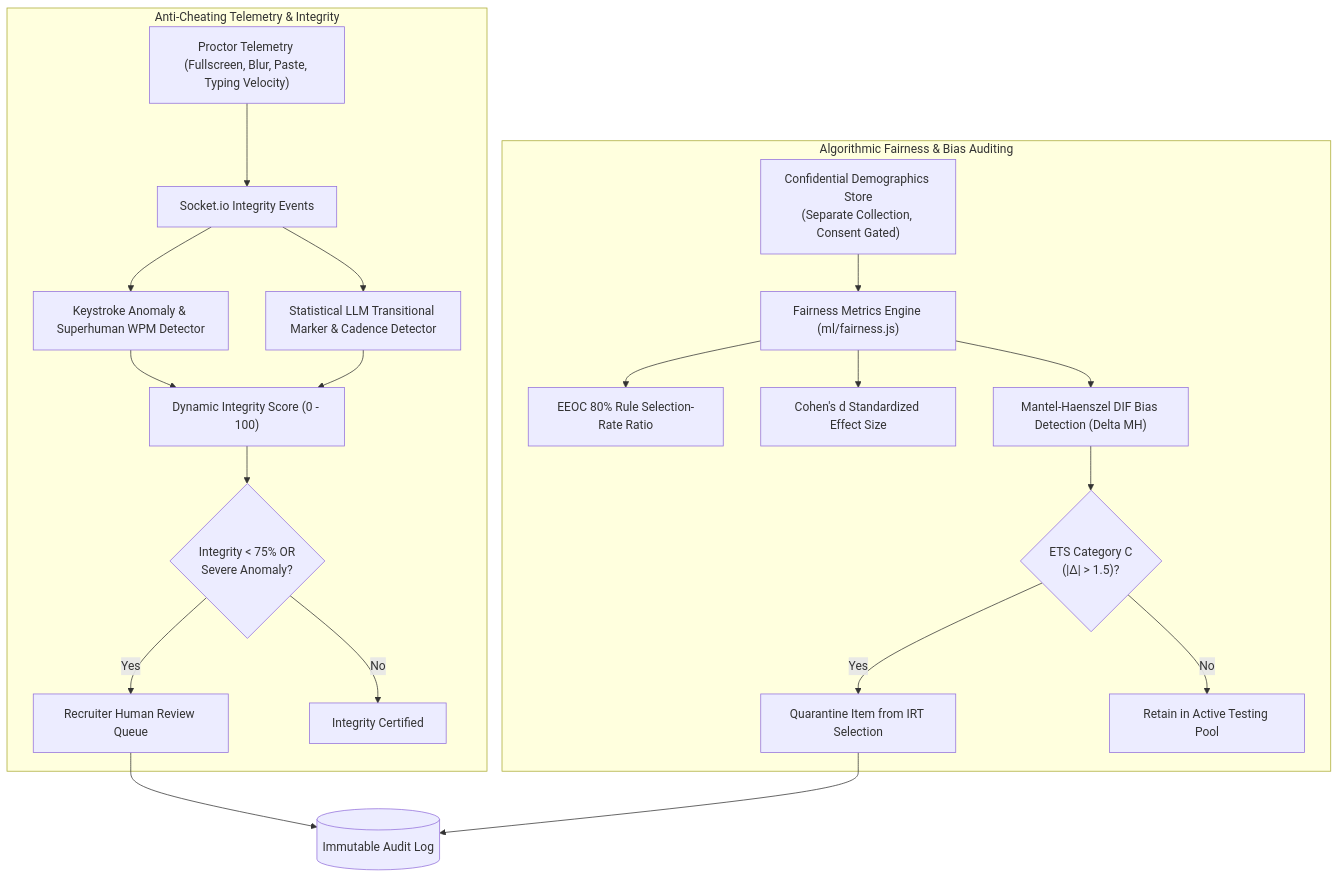
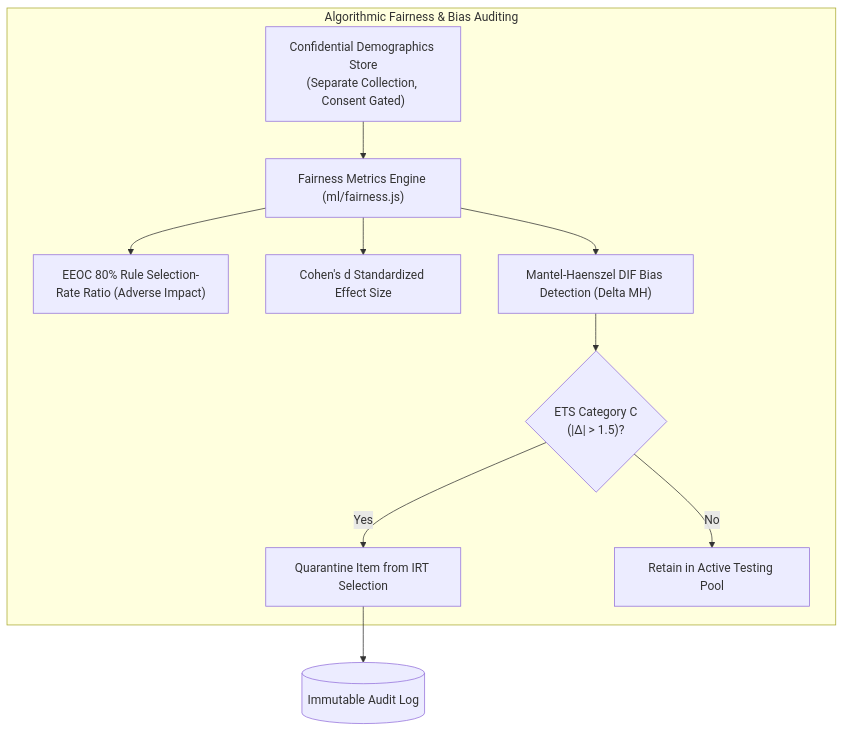
The fifth of 5 diagrams in docs/ARCHITECTURE.md (Ashishydv0903/Adaptiq), drawn with Mermaid before and after one commit. The commit also changed other lines of this file and 181 other files, not shown here.

````diff
--- a/docs/ARCHITECTURE.md
+++ b/docs/ARCHITECTURE.md
@@ -154,26 +153,14 @@
 ```mermaid
 flowchart TD
-    subgraph AntiCheating ["Anti-Cheating Telemetry & Integrity"]
-        ClientProctor["Proctor Telemetry (Fullscreen, Blur, Paste, Typing Velocity)"] --> WSEvents["Socket.io Integrity Events"]
-        WSEvents --> TypingDetector["Keystroke Anomaly & Superhuman WPM Detector"]
-        WSEvents --> AITextDetector["Statistical LLM Transitional Marker & Cadence Detector"]
-        TypingDetector --> IntegrityScore["Dynamic Integrity Score (0 - 100)"]
-        AITextDetector --> IntegrityScore
-        IntegrityScore --> ReviewFlag{"Integrity &lt; 75% OR<br/>Severe Anomaly?"}
-        ReviewFlag -- Yes --> HumanQueue["Recruiter Human Review Queue"]
-        ReviewFlag -- No --> CertifiedValid["Integrity Certified"]
-    end
-
     subgraph FairnessSuite ["Algorithmic Fairness & Bias Auditing"]
         Demographics["Confidential Demographics Store<br/>(Separate Collection, Consent Gated)"] --> MetricsCalc["Fairness Metrics Engine (ml/fairness.js)"]
-        MetricsCalc --> DisparateImpact["EEOC 80% Rule Selection-Rate Ratio"]
+        MetricsCalc --> DisparateImpact["EEOC 80% Rule Selection-Rate Ratio (Adverse Impact)"]
         MetricsCalc --> CohensD["Cohen's d Standardized Effect Size"]
         MetricsCalc --> LordChiSquare["Mantel-Haenszel DIF Bias Detection (Delta MH)"]
         LordChiSquare --> QuarantineAction{"ETS Category C<br/>(|&Delta;| &gt; 1.5)?"}
         QuarantineAction -- Yes --> QuarantinePool["Quarantine Item from IRT Selection"]
         QuarantineAction -- No --> ActivePool["Retain in Active Testing Pool"]
     end
 
-    HumanQueue --> AuditTrail[("Immutable Audit Log")]
-    QuarantinePool --> AuditTrail
+    QuarantinePool --> AuditTrail[("Immutable Audit Log")]
 ```
````
